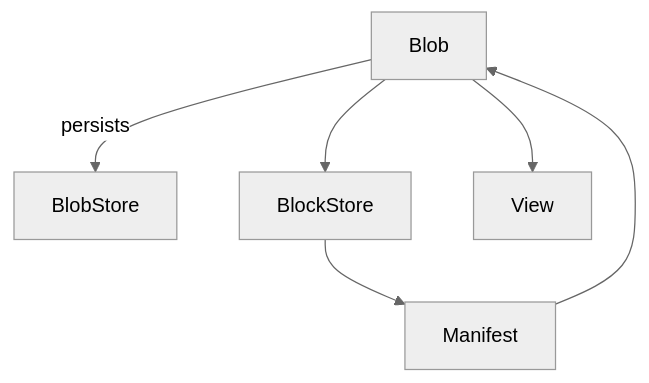
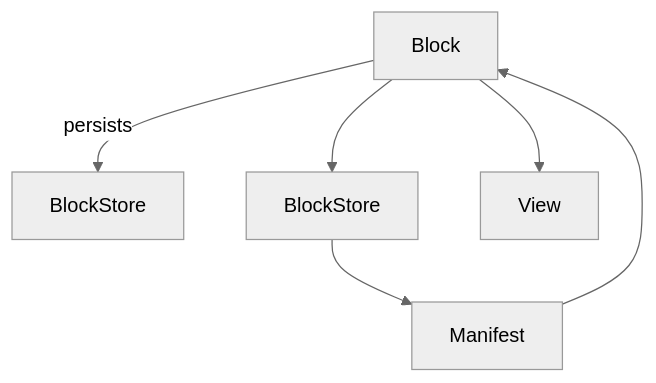
Before and after one commit to AdrielC/graviton: the first of 2 diagrams in README.md, drawn with Mermaid (neutral theme). The commit also changed other lines of this file, not shown here.

````diff
--- a/README.md
+++ b/README.md
@@ -16,8 +16,8 @@
 ```mermaid
 graph TD
-    B[Block] -->|persists| S[BlobStore]
+    B[Block] -->|persists| S[BlockStore]
     B --> R[BlockStore]
     R --> M[Manifest]
-    M --> B[Blob]
+    M --> B[Block]
     B --> V[View]
 ```
````
